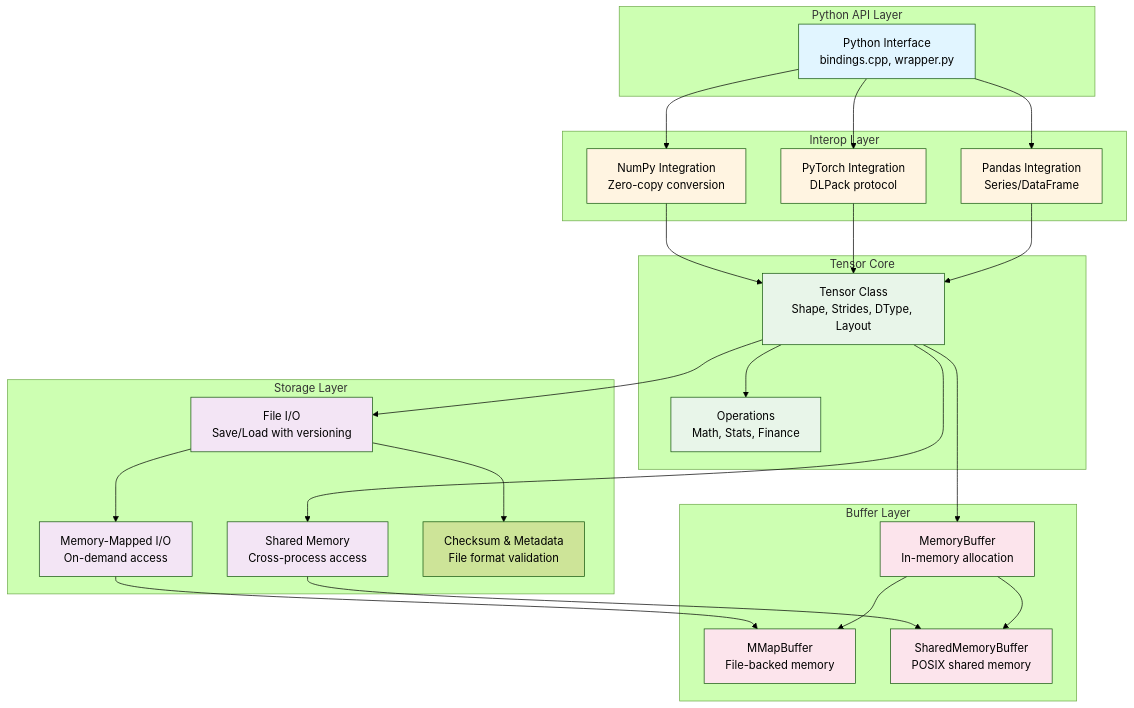
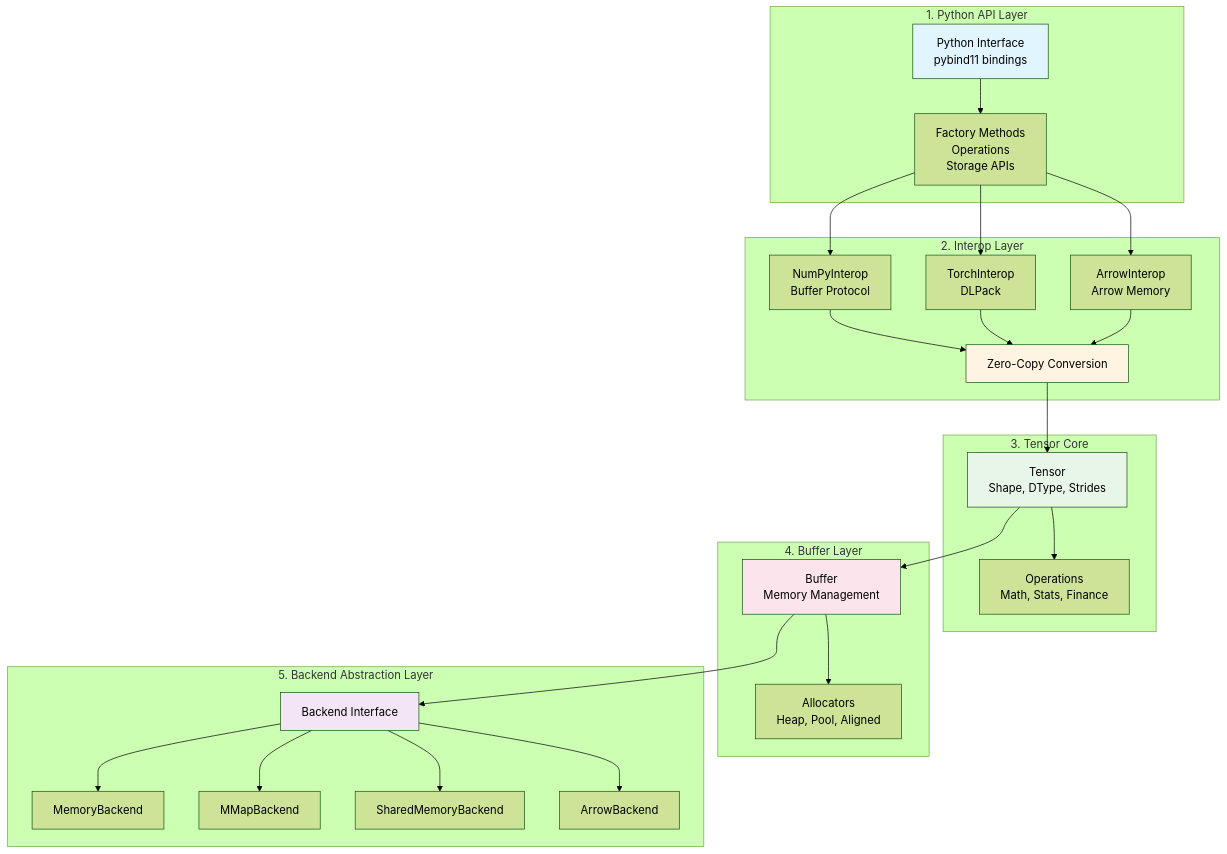
One commit to zhongchun/dragon-tensor changed the diagram in README.md. Above: the diagram before and after it, drawn with Mermaid (forest theme). The commit also changed other lines of this file and 15 other files, not shown here.

````diff
--- a/README.md
+++ b/README.md
@@ -510,60 +510,55 @@
 ```mermaid
 graph TB
-    subgraph "Python API Layer"
-        PY[Python Interface<br/>bindings.cpp, wrapper.py]
+    subgraph "1. Python API Layer"
+        PY[Python Interface<br/>pybind11 bindings]
+        PY_METHODS[Factory Methods<br/>Operations<br/>Storage APIs]
+        PY --> PY_METHODS
     end
     
-    subgraph "Interop Layer"
-        NP[NumPy Integration<br/>Zero-copy conversion]
-        PT[PyTorch Integration<br/>DLPack protocol]
-        PD[Pandas Integration<br/>Series/DataFrame]
+    subgraph "2. Interop Layer"
+        NP[NumPyInterop<br/>Buffer Protocol]
+        PT[TorchInterop<br/>DLPack]
+        AR[ArrowInterop<br/>Arrow Memory]
+        IC[Zero-Copy Conversion]
+        NP --> IC
+        PT --> IC
+        AR --> IC
     end
     
-    subgraph "Tensor Core"
-        TC[Tensor Class<br/>Shape, Strides, DType, Layout]
-        OPS[Operations<br/>Math, Stats, Finance]
+    subgraph "3. Tensor Core"
+        TC[Tensor<T><br/>Shape, DType, Strides]
+        TC_OPS[Operations<br/>Math, Stats, Finance]
+        TC --> TC_OPS
     end
     
-    subgraph "Storage Layer"
-        FI[File I/O<br/>Save/Load with versioning]
-        MM[Memory-Mapped I/O<br/>On-demand access]
-        SM[Shared Memory<br/>Cross-process access]
-        CH[Checksum & Metadata<br/>File format validation]
+    subgraph "4. Buffer Layer"
+        BF[Buffer<br/>Memory Management]
+        AL[Allocators<br/>Heap, Pool, Aligned]
+        BF --> AL
     end
     
-    subgraph "Buffer Layer"
-        MB[MemoryBuffer<br/>In-memory allocation]
-        MMB[MMapBuffer<br/>File-backed memory]
-        SMB[SharedMemoryBuffer<br/>POSIX shared memory]
+    subgraph "5. Backend Abstraction Layer"
+        BE[Backend Interface]
+        MB[MemoryBackend]
+        MM[MMapBackend]
+        SM[SharedMemoryBackend]
+        AB[ArrowBackend]
+        BE --> MB
+        BE --> MM
+        BE --> SM
+        BE --> AB
     end
     
-    PY --> NP
-    PY --> PT
-    PY --> PD
-    NP --> TC
-    PT --> TC
-    PD --> TC
-    TC --> OPS
-    TC --> FI
-    TC --> SM
-    FI --> MM
-    FI --> CH
-    SM --> SMB
-    MM --> MMB
-    TC --> MB
-    MB --> MMB
-    MB --> SMB
+    PY_METHODS --> NP
+    PY_METHODS --> PT
+    PY_METHODS --> AR
+    IC --> TC
+    TC --> BF
+    BF --> BE
     
     style PY fill:#e1f5ff
-    style NP fill:#fff4e1
-    style PT fill:#fff4e1
-    style PD fill:#fff4e1
+    style IC fill:#fff4e1
     style TC fill:#e8f5e9
-    style OPS fill:#e8f5e9
-    style FI fill:#f3e5f5
-    style MM fill:#f3e5f5
-    style SM fill:#f3e5f5
-    style MB fill:#fce4ec
-    style MMB fill:#fce4ec
-    style SMB fill:#fce4ec
+    style BF fill:#fce4ec
+    style BE fill:#f3e5f5
 ```
````
